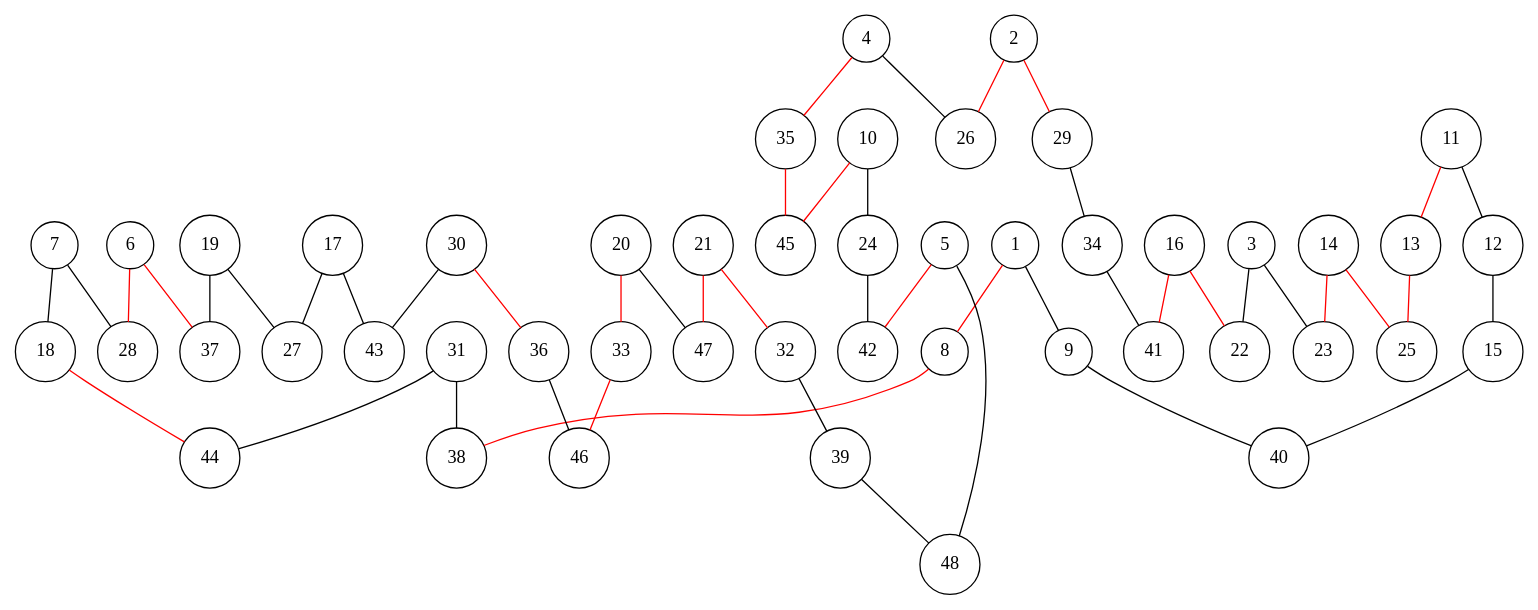
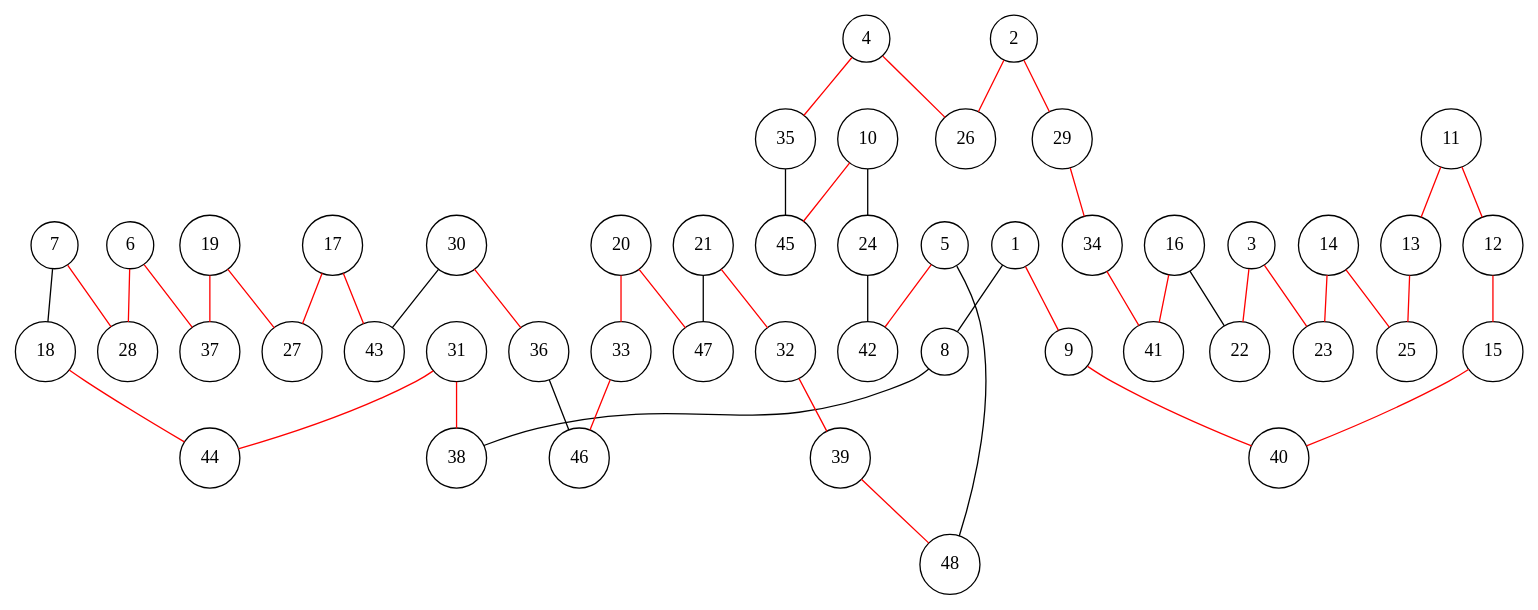
One commit to lugot/tsp-approximation changed the diagram in data_tsplib/att48/att48.5.dot. Above: the diagram before and after it, drawn with Graphviz. The commit also changed 38 other files, not shown here.

```diff
--- a/data_tsplib/att48/att48.5.dot
+++ b/data_tsplib/att48/att48.5.dot
@@ -1,100 +1,100 @@
 graph att48 {
 	node [shape=circle fillcolor=white]
 	1 [ pos = "17.351198,3.743880!"]
 	2 [ pos = "5.753672,0.025767!"]
 	3 [ pos = "14.248905,3.669157!"]
 	4 [ pos = "1.033239,2.166967!"]
 	5 [ pos = "7.941252,4.236022!"]
 	6 [ pos = "19.603195,11.486730!"]
 	7 [ pos = "19.513012,9.574852!"]
 	8 [ pos = "18.719402,3.267199!"]
 	9 [ pos = "17.773770,4.856996!"]
 	10 [ pos = "2.865241,5.279567!"]
 	11 [ pos = "14.089152,6.714764!"]
 	12 [ pos = "15.431590,7.402731!"]
 	13 [ pos = "12.125741,6.889977!"]
 	14 [ pos = "11.883535,5.243494!"]
 	15 [ pos = "16.354032,6.913167!"]
 	16 [ pos = "15.735635,1.723783!"]
 	17 [ pos = "19.610925,13.357382!"]
 	18 [ pos = "19.227003,9.250193!"]
 	19 [ pos = "19.922700,12.169544!"]
 	20 [ pos = "15.202267,9.175470!"]
 	21 [ pos = "11.551147,8.680752!"]
 	22 [ pos = "15.720175,2.860088!"]
 	23 [ pos = "13.396032,5.622262!"]
 	24 [ pos = "4.207678,7.237825!"]
 	25 [ pos = "11.097655,5.982994!"]
 	26 [ pos = "1.739242,2.592115!"]
 	27 [ pos = "19.466632,12.416903!"]
 	28 [ pos = "19.430559,10.257666!"]
 	29 [ pos = "8.186035,1.947952!"]
 	30 [ pos = "18.943571,11.610410!"]
 	31 [ pos = "19.440866,7.217212!"]
 	32 [ pos = "8.361247,8.515846!"]
 	33 [ pos = "16.557588,8.175728!"]
 	34 [ pos = "11.873229,3.086833!"]
 	35 [ pos = "0.059263,5.709869!"]
 	36 [ pos = "18.675599,9.737181!"]
 	37 [ pos = "20.000000,11.839732!"]
 	38 [ pos = "19.046637,5.782015!"]
 	39 [ pos = "8.977068,7.289358!"]
 	40 [ pos = "16.158207,5.501159!"]
 	41 [ pos = "12.844628,0.360732!"]
 	42 [ pos = "4.936872,4.042772!"]
 	43 [ pos = "18.758052,12.623035!"]
 	44 [ pos = "19.348106,8.345787!"]
 	45 [ pos = "0.025767,6.895130!"]
 	46 [ pos = "17.539294,7.711930!"]
 	47 [ pos = "13.359959,8.394744!"]
 	48 [ pos = "7.789230,5.003865!"]
 
-	1 -- 8 [color = red]
-	1 -- 9 [color = black]
+	1 -- 8 [color = black]
+	1 -- 9 [color = red]
 	2 -- 26 [color = red]
 	2 -- 29 [color = red]
-	3 -- 22 [color = black]
-	3 -- 23 [color = black]
-	4 -- 26 [color = black]
+	3 -- 22 [color = red]
+	3 -- 23 [color = red]
+	4 -- 26 [color = red]
 	4 -- 35 [color = red]
 	5 -- 42 [color = red]
 	5 -- 48 [color = black]
 	6 -- 28 [color = red]
 	6 -- 37 [color = red]
 	7 -- 18 [color = black]
-	7 -- 28 [color = black]
-	8 -- 38 [color = red]
-	9 -- 40 [color = black]
+	7 -- 28 [color = red]
+	8 -- 38 [color = black]
+	9 -- 40 [color = red]
 	10 -- 24 [color = black]
 	10 -- 45 [color = red]
-	11 -- 12 [color = black]
+	11 -- 12 [color = red]
 	11 -- 13 [color = red]
-	12 -- 15 [color = black]
+	12 -- 15 [color = red]
 	13 -- 25 [color = red]
 	14 -- 23 [color = red]
 	14 -- 25 [color = red]
-	15 -- 40 [color = black]
-	16 -- 22 [color = red]
+	15 -- 40 [color = red]
+	16 -- 22 [color = black]
 	16 -- 41 [color = red]
-	17 -- 27 [color = black]
-	17 -- 43 [color = black]
+	17 -- 27 [color = red]
+	17 -- 43 [color = red]
 	18 -- 44 [color = red]
-	19 -- 27 [color = black]
-	19 -- 37 [color = black]
+	19 -- 27 [color = red]
+	19 -- 37 [color = red]
 	20 -- 33 [color = red]
-	20 -- 47 [color = black]
+	20 -- 47 [color = red]
 	21 -- 32 [color = red]
-	21 -- 47 [color = red]
+	21 -- 47 [color = black]
 	24 -- 42 [color = black]
-	29 -- 34 [color = black]
+	29 -- 34 [color = red]
 	30 -- 36 [color = red]
 	30 -- 43 [color = black]
-	31 -- 38 [color = black]
-	31 -- 44 [color = black]
-	32 -- 39 [color = black]
+	31 -- 38 [color = red]
+	31 -- 44 [color = red]
+	32 -- 39 [color = red]
 	33 -- 46 [color = red]
-	34 -- 41 [color = black]
-	35 -- 45 [color = red]
+	34 -- 41 [color = red]
+	35 -- 45 [color = black]
 	36 -- 46 [color = black]
-	39 -- 48 [color = black]
+	39 -- 48 [color = red]
 }
```
